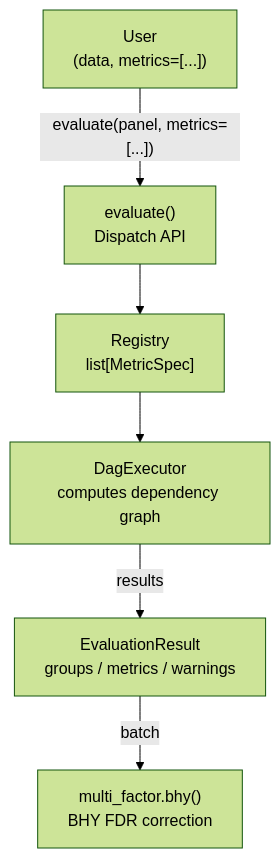
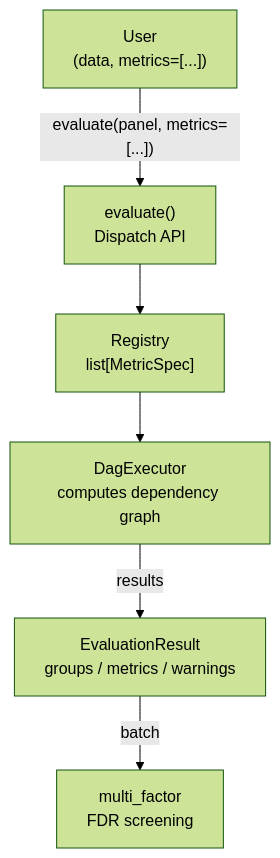
The diagram in docs/development/architecture.md (awwesomeman/factrix), drawn with Mermaid (forest theme) before and after one commit. The commit also changed other lines of this file and 14 other files, not shown here.

Commit message:
feat(multi-factor): add cross-metric FDR screens (#791)

````diff
--- a/docs/development/architecture.md
+++ b/docs/development/architecture.md
@@ -27,15 +27,15 @@
 ```mermaid
 flowchart TD
     User["User<br/>(data, metrics=[...])"]
     EVAL["evaluate()<br/>Dispatch API"]
     REG["Registry<br/>list[MetricSpec]"]
     DAG["DagExecutor<br/>computes dependency graph"]
     ER["EvaluationResult<br/>groups / metrics / warnings"]
-    BHY["multi_factor.bhy()<br/>BHY FDR correction"]
+    SCREEN["multi_factor<br/>FDR screening"]
 
     User -->|"evaluate(panel, metrics=[...])"| EVAL
     EVAL --> REG
     REG --> DAG
     DAG -->|"results"| ER
-    ER -->|"batch"| BHY
+    ER -->|"batch"| SCREEN
 ```
````
